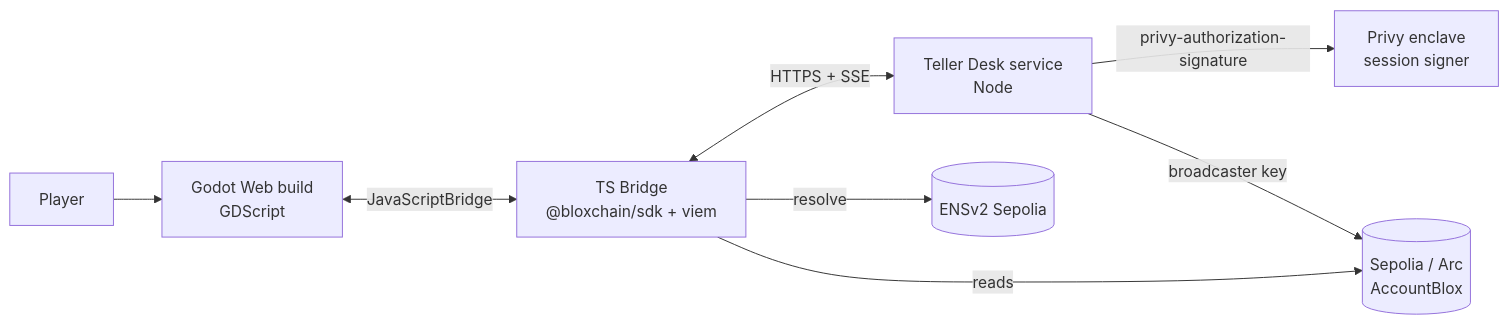
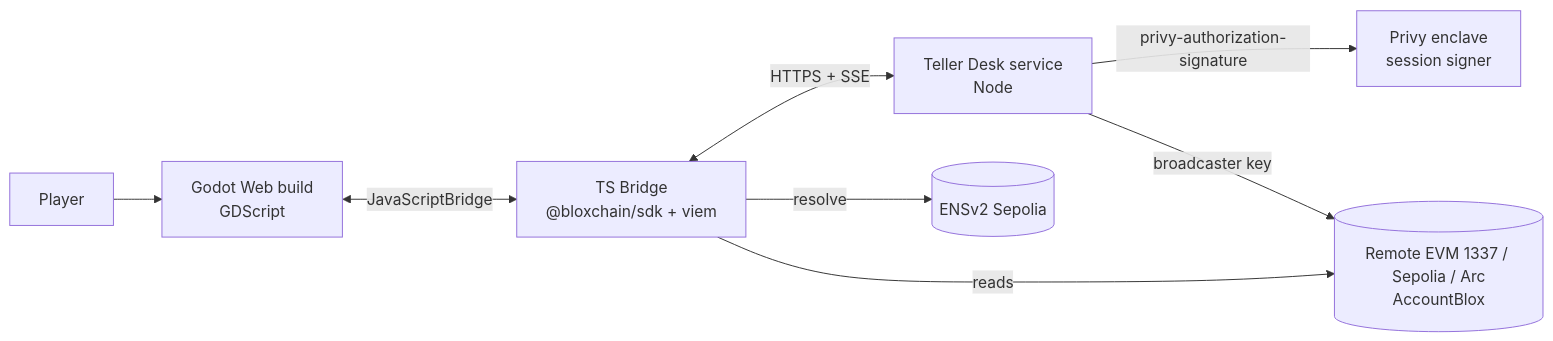
Before and after one commit to JaCoderX/Branch-Zero: the diagram in docs/PLAN.md, drawn with Mermaid. The commit also changed other lines of this file and 10 other files, not shown here.

First line of the commit message:
Bind craft/lab loop and Remote EVM into the Day-1 agent brief.

````diff
--- a/docs/PLAN.md
+++ b/docs/PLAN.md
@@ -160,10 +165,10 @@
 ```mermaid
 flowchart LR
   P[Player] --> G[Godot Web build<br/>GDScript]
   G <-->|JavaScriptBridge| B[TS Bridge<br/>@bloxchain/sdk + viem]
   B <-->|HTTPS + SSE| T[Teller Desk service<br/>Node]
   T -->|privy-authorization-signature| PR[Privy enclave<br/>session signer]
-  T -->|broadcaster key| C[(Sepolia / Arc<br/>AccountBlox)]
+  T -->|broadcaster key| C[(Remote EVM 1337 / Sepolia / Arc<br/>AccountBlox)]
   B -->|reads| C
   B -->|resolve| E[(ENSv2 Sepolia)]
 ```
````
